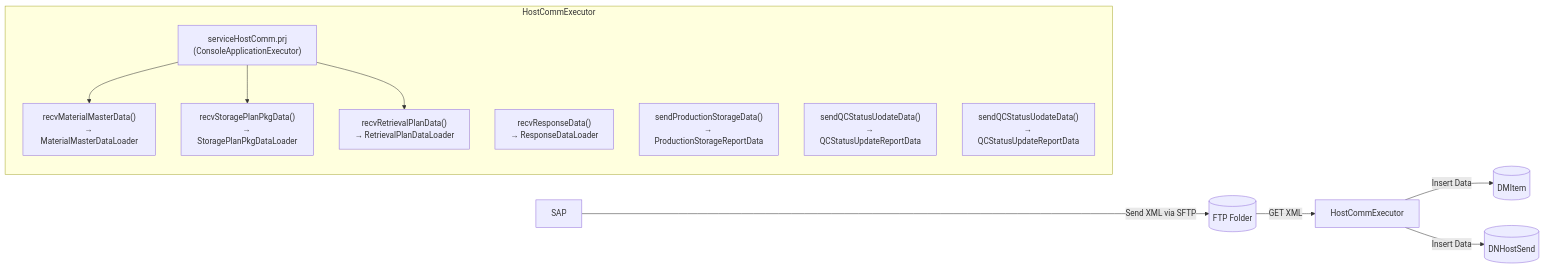
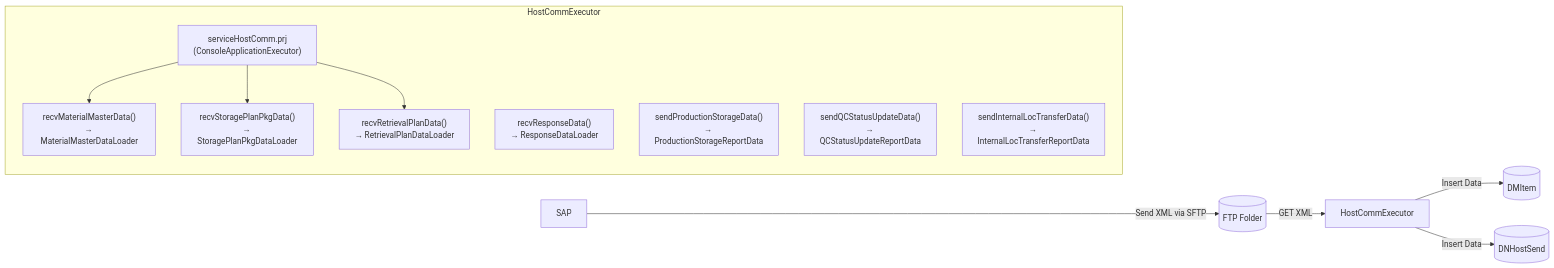
Before and after one commit to luthfiadityaa/SimeDarby-Wiki: the diagram in Basic-Design/Host-Interfaces.md, drawn with Mermaid.

Commit message:
Updated Host Interfaces

```diff
--- a/Basic-Design/Host-Interfaces.md
+++ b/Basic-Design/Host-Interfaces.md
@@ -31,21 +31,21 @@
 ::: mermaid
 flowchart LR
     A[SAP] -->|Send XML via SFTP| B[(FTP Folder)]
     B -->|GET XML| C[HostCommExecutor]
     C -->|Insert Data| E[(DMItem)]
     C -->|Insert Data| F[(DNHostSend)]
 
     subgraph HostCommExecutor
         C1["serviceHostComm.prj<br>(ConsoleApplicationExecutor)"]
         C2["recvMaterialMasterData()<br>→ MaterialMasterDataLoader"]
         C3["recvStoragePlanPkgData()<br>→ StoragePlanPkgDataLoader"]
         C4["recvRetrievalPlanData()<br>→ RetrievalPlanDataLoader"]
         C5["recvResponseData()<br>→ ResponseDataLoader"]
         C6["sendProductionStorageData()<br>→ ProductionStorageReportData"]
-        C7["sendQCStatusUodateData()<br>→ QCStatusUpdateReportData"]
-        C8["sendQCStatusUodateData()<br>→ QCStatusUpdateReportData"]
+        C7["sendQCStatusUpdateData()<br>→ QCStatusUpdateReportData"]
+        C8["sendInternalLocTransferData()<br>→ InternalLocTransferReportData"]
         C1 --> C2
         C1 --> C3
         C1 --> C4
     end
 :::
```
